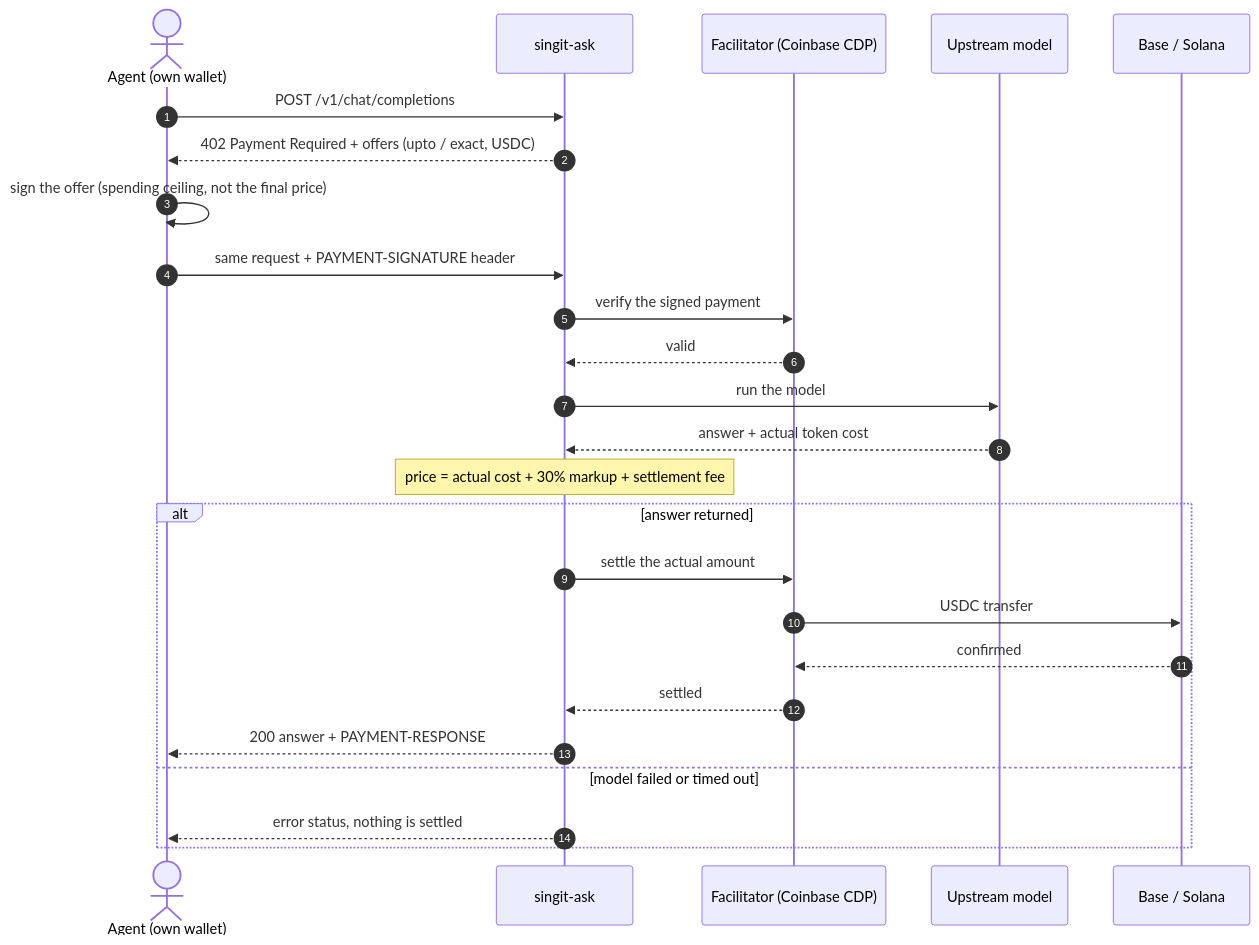
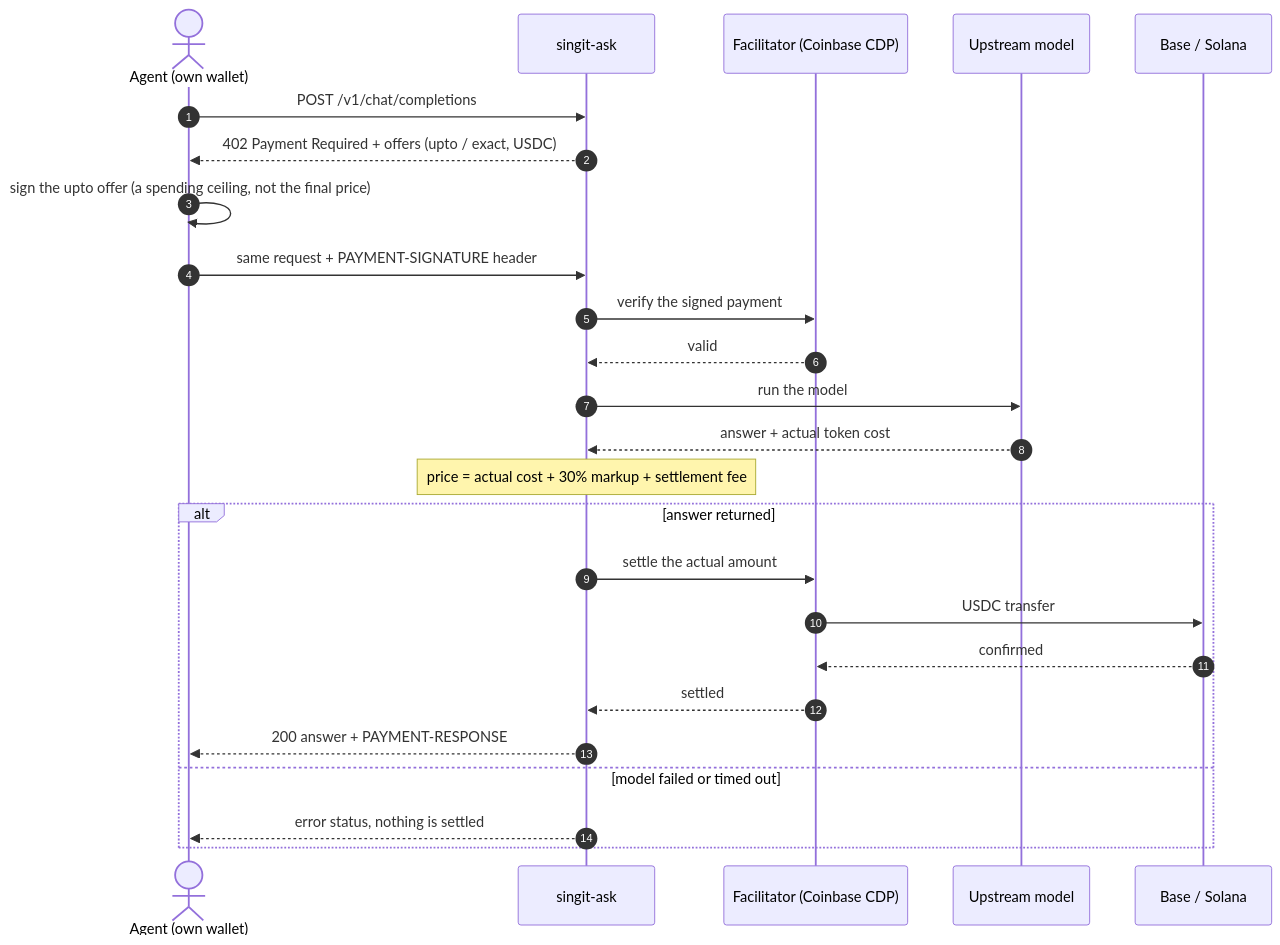
Before and after one commit to SingItAi/SingItAI: the second of 3 diagrams in docs/architecture.md, drawn with Mermaid. The commit also changed other lines of this file, not shown here.

Commit message:
docs: address review findings in the architecture page

````diff
--- a/docs/architecture.md
+++ b/docs/architecture.md
@@ -43,28 +45,28 @@
 ```mermaid
 sequenceDiagram
     autonumber
     actor Agent as Agent (own wallet)
     participant Ask as singit-ask
     participant Fac as Facilitator (Coinbase CDP)
     participant Up as Upstream model
     participant Chain as Base / Solana
 
     Agent->>Ask: POST /v1/chat/completions
     Ask-->>Agent: 402 Payment Required + offers (upto / exact, USDC)
-    Agent->>Agent: sign the offer (spending ceiling, not the final price)
+    Agent->>Agent: sign the upto offer (a spending ceiling, not the final price)
     Agent->>Ask: same request + PAYMENT-SIGNATURE header
     Ask->>Fac: verify the signed payment
     Fac-->>Ask: valid
     Ask->>Up: run the model
     Up-->>Ask: answer + actual token cost
     Note over Ask: price = actual cost + 30% markup + settlement fee
     alt answer returned
         Ask->>Fac: settle the actual amount
         Fac->>Chain: USDC transfer
         Chain-->>Fac: confirmed
         Fac-->>Ask: settled
         Ask-->>Agent: 200 answer + PAYMENT-RESPONSE
     else model failed or timed out
         Ask-->>Agent: error status, nothing is settled
     end
 ```
````
